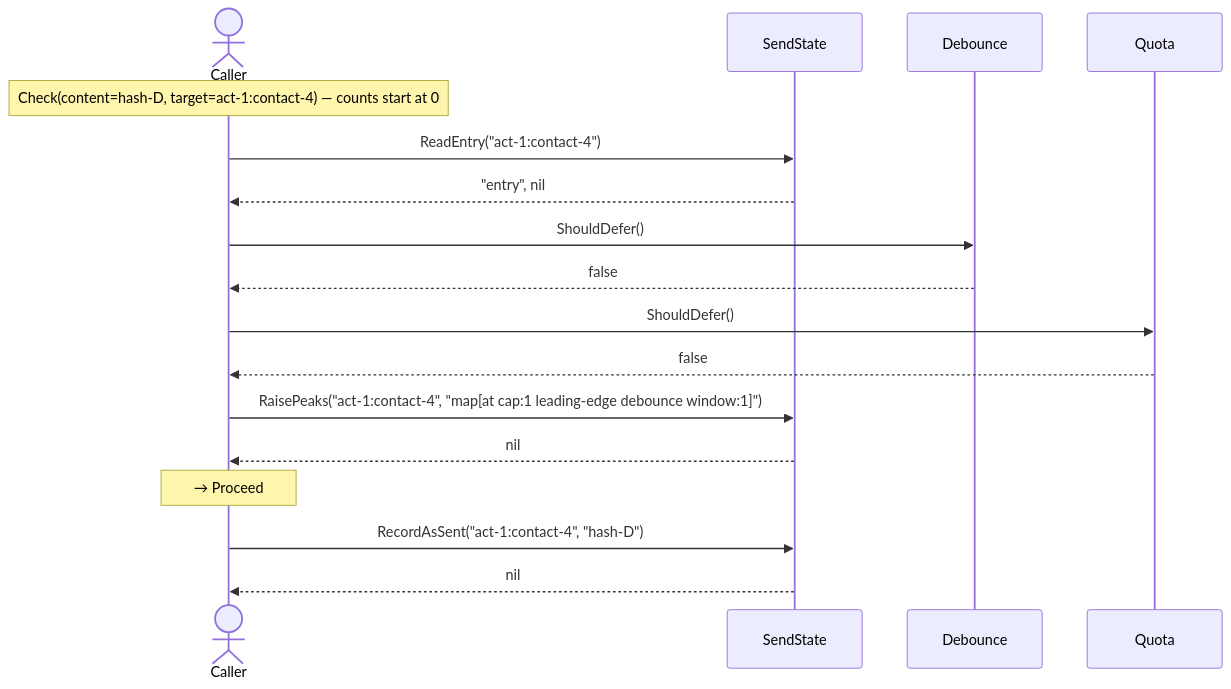
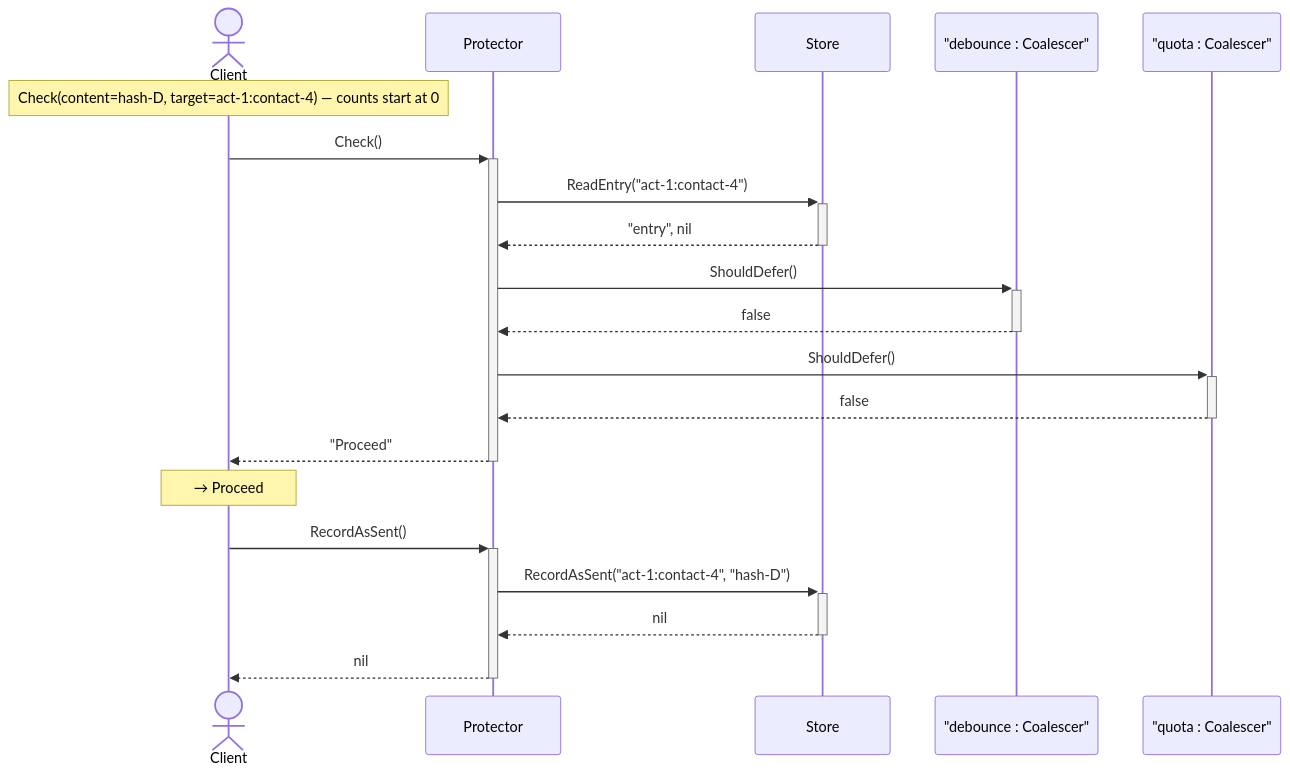
The fifth of 6 diagrams in protect/sequence_test.md (homemade/pith), drawn with Mermaid before and after one commit. The commit also changed other lines of this file and 18 other files, not shown here.

````diff
--- a/protect/sequence_test.md
+++ b/protect/sequence_test.md
@@ -83,20 +97,23 @@
 ```mermaid
 sequenceDiagram
-    actor C as Caller
-    participant SendState
-    participant Debounce
-    participant Quota
+    actor Client
+    participant Protector
+    participant Store
+    participant Debounce as "debounce : Coalescer"
+    participant Quota as "quota : Coalescer"
 
-    Note over C: Check(content=hash-D, target=act-1:contact-4) — counts start at 0
-    C->>SendState: ReadEntry("act-1:contact-4")
-    SendState-->>C: "entry", nil
-    C->>Debounce: ShouldDefer()
-    Debounce-->>C: false
-    C->>Quota: ShouldDefer()
-    Quota-->>C: false
-    C->>SendState: RaisePeaks("act-1:contact-4", "map[at cap:1 leading-edge debounce window:1]")
-    SendState-->>C: nil
-    Note over C: → Proceed
-    C->>SendState: RecordAsSent("act-1:contact-4", "hash-D")
-    SendState-->>C: nil
+    Note over Client: Check(content=hash-D, target=act-1:contact-4) — counts start at 0
+    Client->>+Protector: Check()
+    Protector->>+Store: ReadEntry("act-1:contact-4")
+    Store-->>-Protector: "entry", nil
+    Protector->>+Debounce: ShouldDefer()
+    Debounce-->>-Protector: false
+    Protector->>+Quota: ShouldDefer()
+    Quota-->>-Protector: false
+    Protector-->>-Client: "Proceed"
+    Note over Client: → Proceed
+    Client->>+Protector: RecordAsSent()
+    Protector->>+Store: RecordAsSent("act-1:contact-4", "hash-D")
+    Store-->>-Protector: nil
+    Protector-->>-Client: nil
 ```
````
